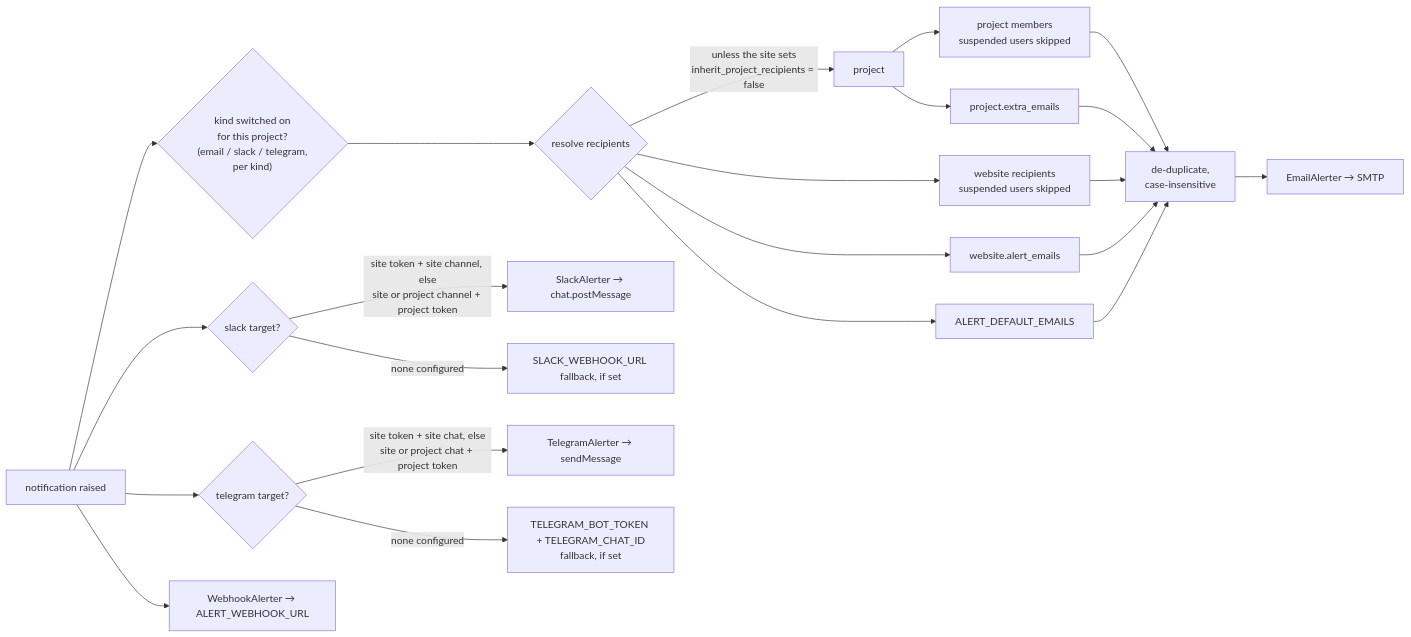
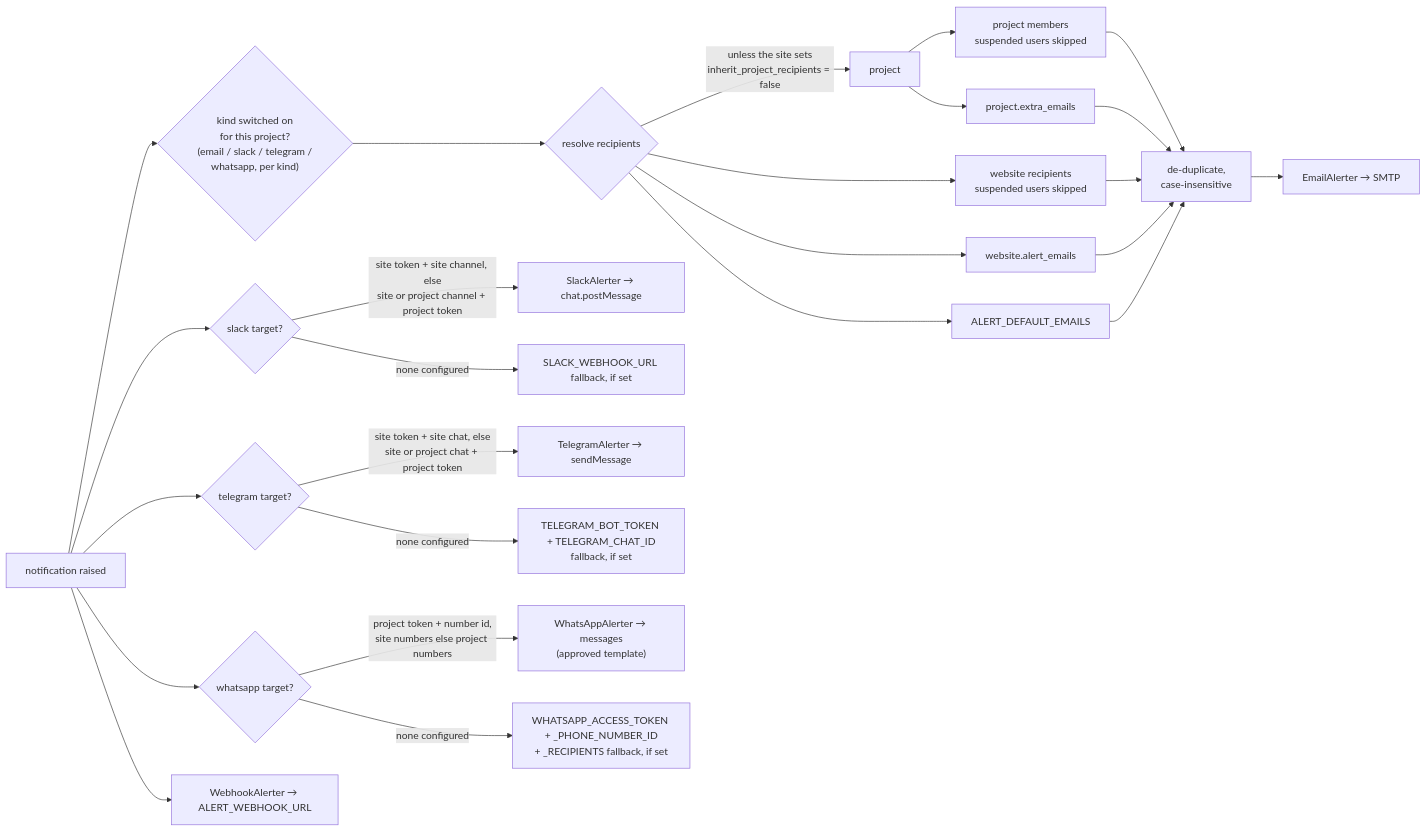
The sixth of 6 diagrams in doc/hld.md (TahjibNil75/watchly), drawn with Mermaid before and after one commit. The commit also changed other lines of this file and 41 other files, not shown here.

````diff
--- a/doc/hld.md
+++ b/doc/hld.md
@@ -456,23 +466,27 @@
 ```mermaid
 flowchart LR
-    E["notification raised"] --> T{"kind switched on<br/>for this project?<br/>(email / slack / telegram,<br/>per kind)"}
+    E["notification raised"] --> T{"kind switched on<br/>for this project?<br/>(email / slack / telegram /<br/>whatsapp, per kind)"}
     T --> R{"resolve recipients"}
     R -->|"unless the site sets<br/>inherit_project_recipients = false"| P["project"]
     P --> M["project members<br/>suspended users skipped"]
     P --> PE["project.extra_emails"]
     R --> SU["website recipients<br/>suspended users skipped"]
     R --> SE["website.alert_emails"]
     R --> GE["ALERT_DEFAULT_EMAILS"]
     M & PE & SU & SE & GE --> D["de-duplicate,<br/>case-insensitive"]
     D --> EM["EmailAlerter → SMTP"]
 
     E --> S{"slack target?"}
     S -->|"site token + site channel, else<br/>site or project channel + project token"| SL["SlackAlerter → chat.postMessage"]
     S -->|"none configured"| FB["SLACK_WEBHOOK_URL fallback, if set"]
 
     E --> TG{"telegram target?"}
     TG -->|"site token + site chat, else<br/>site or project chat + project token"| TGA["TelegramAlerter → sendMessage"]
     TG -->|"none configured"| TFB["TELEGRAM_BOT_TOKEN + TELEGRAM_CHAT_ID<br/>fallback, if set"]
 
+    E --> WA{"whatsapp target?"}
+    WA -->|"project token + number id,<br/>site numbers else project numbers"| WAA["WhatsAppAlerter → messages<br/>(approved template)"]
+    WA -->|"none configured"| WFB["WHATSAPP_ACCESS_TOKEN + _PHONE_NUMBER_ID<br/>+ _RECIPIENTS fallback, if set"]
+
     E --> WH["WebhookAlerter → ALERT_WEBHOOK_URL"]
 ```
````
